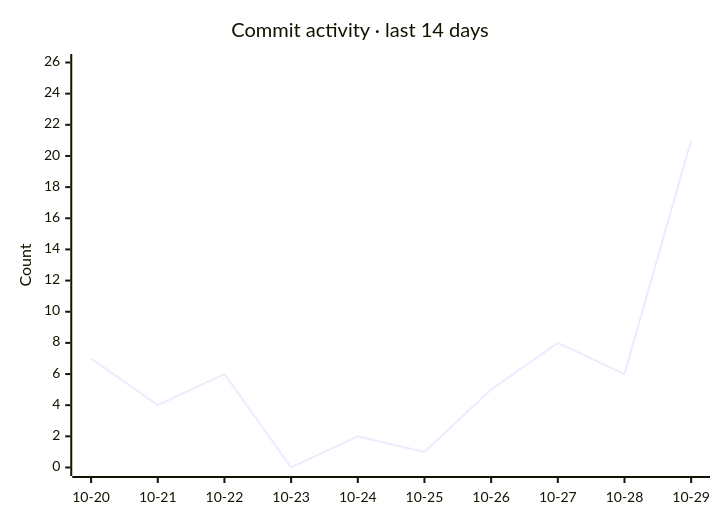
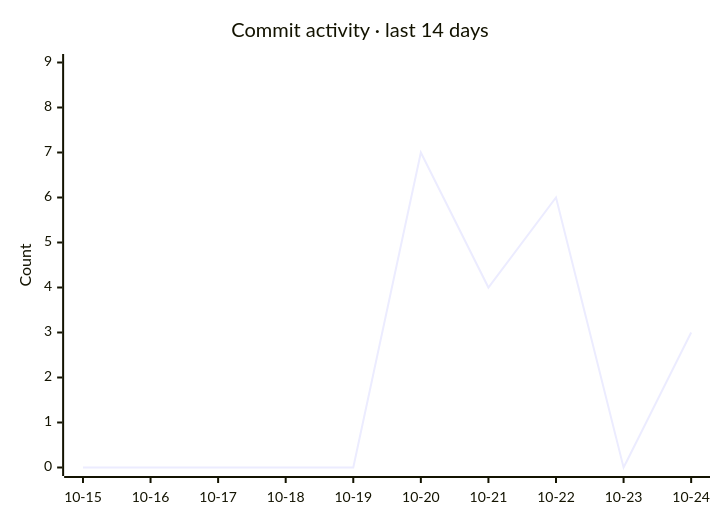
Before and after one commit to razzaqinspires/whiskay-bot: the second of 2 diagrams in README.md, drawn with Mermaid. The commit also changed other lines of this file and 31 other files, not shown here.

````diff
--- a/README.md
+++ b/README.md
@@ -323,7 +329,7 @@
 ```mermaid
 xychart-beta
     title "Commit activity · last 14 days"
-    x-axis ["10-20", "10-21", "10-22", "10-23", "10-24", "10-25", "10-26", "10-27", "10-28", "10-29"]
-    y-axis "Count" 0 --> 26
-    line [7, 4, 6, 0, 2, 1, 5, 8, 6, 21]
+    x-axis ["10-15", "10-16", "10-17", "10-18", "10-19", "10-20", "10-21", "10-22", "10-23", "10-24"]
+    y-axis "Count" 0 --> 9
+    line [0, 0, 0, 0, 0, 7, 4, 6, 0, 3]
 ```
````
